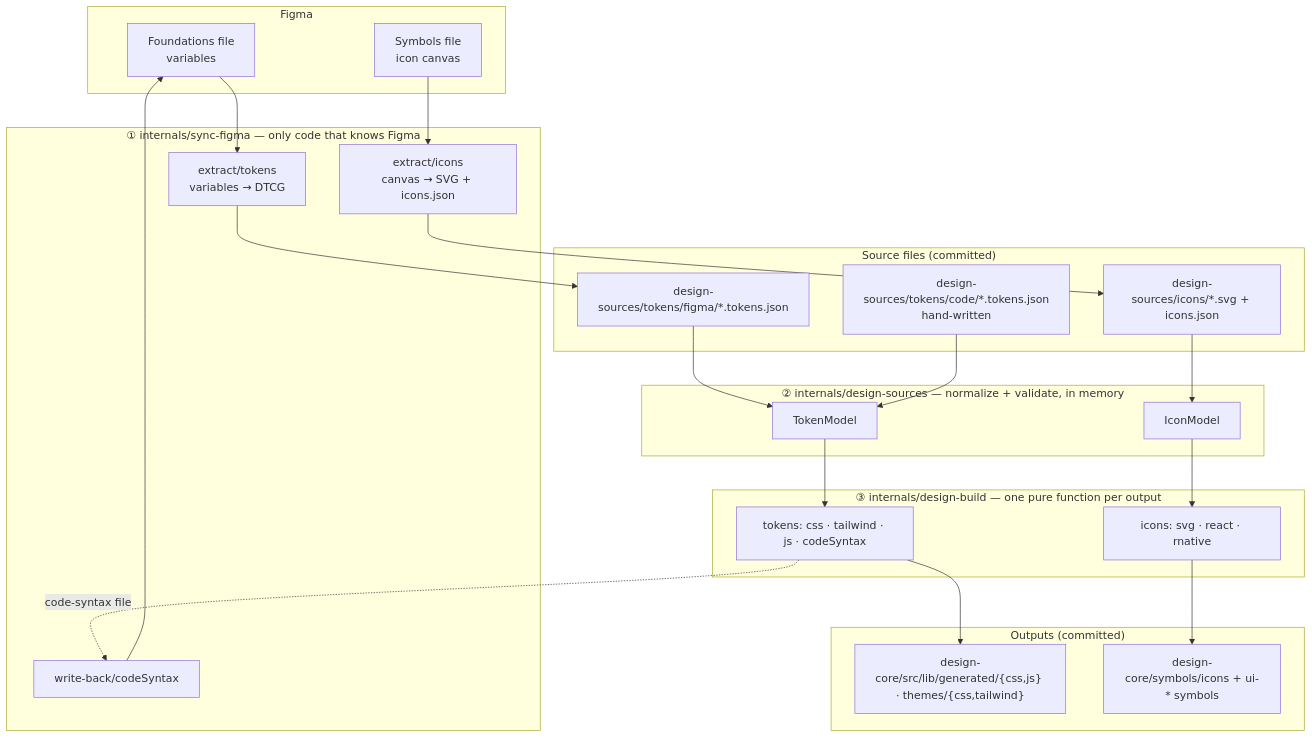
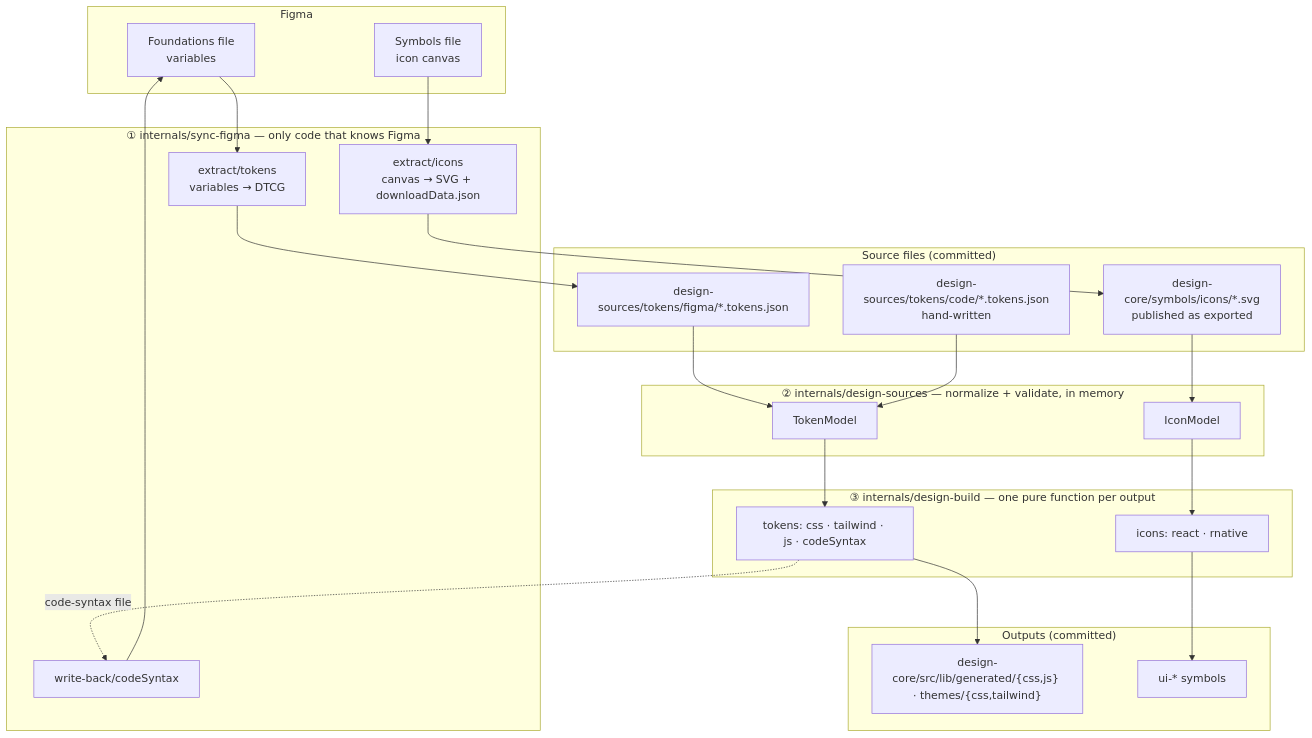
One commit to LedgerHQ/lumen changed the second of 5 diagrams in docs/adr/0003-design-pipeline.md. Above: the diagram before and after it, drawn with Mermaid. The commit also changed other lines of this file and 321 other files, not shown here.

First line of the commit message:
DLS-1185 refactor(symbols): commit the icons once, in their published folder

````diff
--- a/docs/adr/0003-design-pipeline.md
+++ b/docs/adr/0003-design-pipeline.md
@@ -152,37 +152,37 @@
 ```mermaid
 flowchart TD
   subgraph FIG["Figma"]
     FV["Foundations file<br/>variables"]
     FS["Symbols file<br/>icon canvas"]
   end
   subgraph S1["① internals/sync-figma — only code that knows Figma"]
     XT["extract/tokens<br/>variables → DTCG"]
-    XI["extract/icons<br/>canvas → SVG + icons.json"]
+    XI["extract/icons<br/>canvas → SVG + downloadData.json"]
     WB["write-back/codeSyntax"]
   end
   subgraph SRC["Source files (committed)"]
     TF["design-sources/tokens/figma/*.tokens.json"]
     TC["design-sources/tokens/code/*.tokens.json<br/>hand-written"]
-    IS["design-sources/icons/*.svg + icons.json"]
+    IS["design-core/symbols/icons/*.svg<br/>published as exported"]
   end
   subgraph S2["② internals/design-sources — normalize + validate, in memory"]
     TM["TokenModel"]
     IM["IconModel"]
   end
   subgraph S3["③ internals/design-build — one pure function per output"]
     OT["tokens: css · tailwind · js · codeSyntax"]
-    OI["icons: svg · react · rnative"]
+    OI["icons: react · rnative"]
   end
   subgraph OUT["Outputs (committed)"]
     G["design-core/src/lib/generated/{css,js} · themes/{css,tailwind}"]
-    SY["design-core/symbols/icons + ui-* symbols"]
+    SY["ui-* symbols"]
   end
   FV --> XT --> TF
   FS --> XI --> IS
   TF --> TM
   TC --> TM
   IS --> IM
   TM --> OT --> G
   IM --> OI --> SY
   OT -.->|"code-syntax file"| WB --> FV
 ```
````
